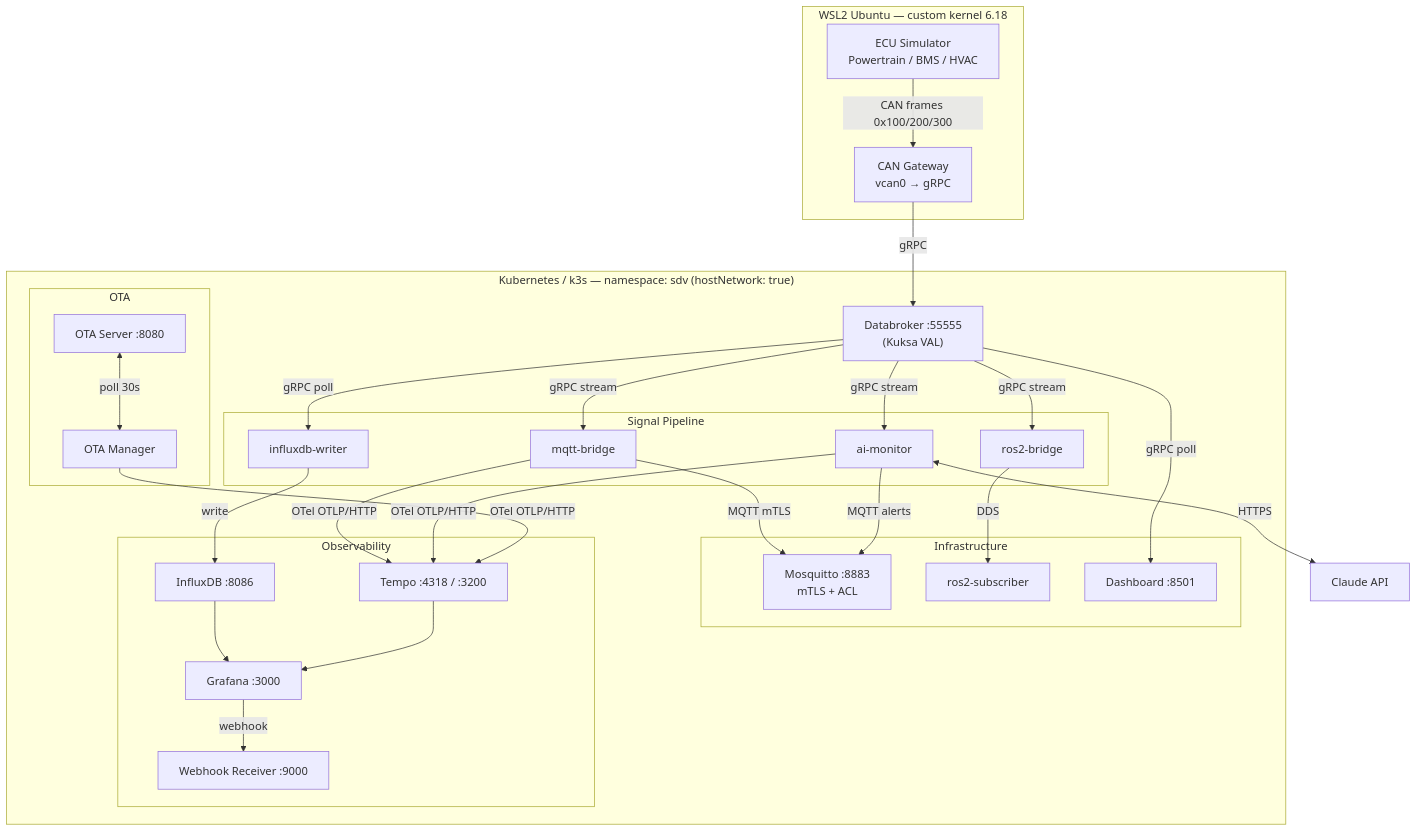
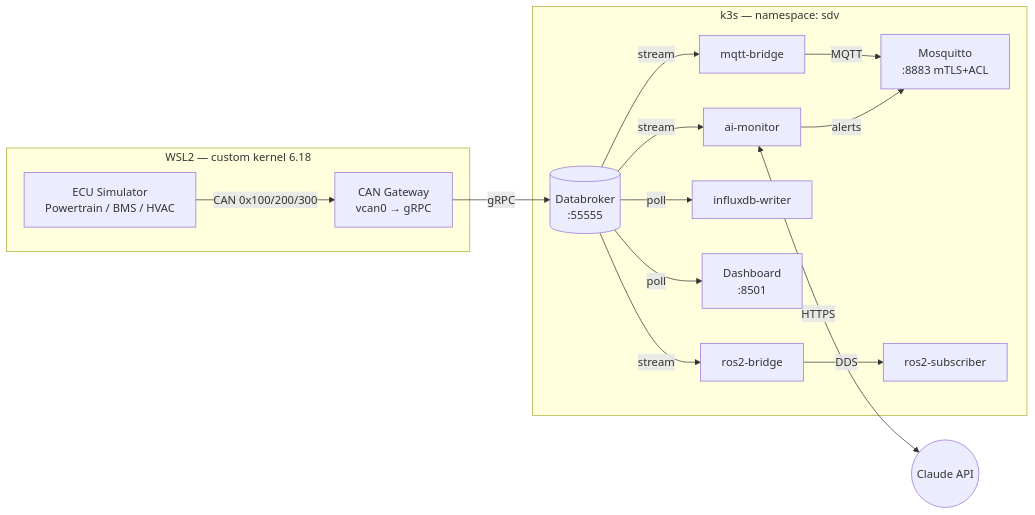
The first of 2 diagrams in README.md (TakumiSomeya-Eng/mini-sdv-platform-project), drawn with Mermaid before and after one commit. The commit also changed other lines of this file, not shown here.

Commit message:
docs: split Mermaid diagram into Signal Pipeline + Observability
Single complex diagram caused crossing lines due to Mermaid auto-layout
limitations. Splitting into two focused LR flowcharts eliminates crossings
and improves readability.

````diff
--- a/README.md
+++ b/README.md
@@ -33,53 +35,32 @@
 ```mermaid
-flowchart TD
-    subgraph WSL2["WSL2 Ubuntu — custom kernel 6.18"]
+flowchart LR
+    subgraph wsl["WSL2 — custom kernel 6.18"]
         ECU["ECU Simulator\nPowertrain / BMS / HVAC"]
         GW["CAN Gateway\nvcan0 → gRPC"]
-        ECU -->|"CAN frames 0x100/200/300"| GW
+        ECU -->|"CAN 0x100/200/300"| GW
     end
 
-    subgraph K8s["Kubernetes / k3s — namespace: sdv (hostNetwork: true)"]
-        DB["Databroker :55555\n(Kuksa VAL)"]
-
-        subgraph Signal["Signal Pipeline"]
-            MB["mqtt-bridge"]
-            RB["ros2-bridge"]
-            AI["ai-monitor"]
-            IW["influxdb-writer"]
-        end
-
-        subgraph Infra["Infrastructure"]
-            MQ["Mosquitto :8883\nmTLS + ACL"]
-            RS["ros2-subscriber"]
-            DASH["Dashboard :8501"]
-        end
-
-        subgraph Obs["Observability"]
-            IDB["InfluxDB :8086"]
-            GF["Grafana :3000"]
-            TP["Tempo :4318 / :3200"]
-            WH["Webhook Receiver :9000"]
-        end
-
-        subgraph OTA["OTA"]
-            OTAS["OTA Server :8080"]
-            OTAM["OTA Manager"]
-        end
+    subgraph k8s["k3s — namespace: sdv"]
+        DB[("Databroker\n:55555")]
+        MB["mqtt-bridge"]
+        AI["ai-monitor"]
+        IW["influxdb-writer"]
+        DASH["Dashboard\n:8501"]
+        MQ["Mosquitto\n:8883 mTLS+ACL"]
+        RB["ros2-bridge"]
+        RS["ros2-subscriber"]
     end
 
-    Claude["Claude API"]
+    CL(("Claude API"))
 
     GW -->|gRPC| DB
-    DB -->|gRPC stream| MB & RB & AI
-    DB -->|gRPC poll| IW & DASH
-    MB -->|MQTT mTLS| MQ
-    AI -->|MQTT alerts| MQ
+    DB -->|stream| MB
+    DB -->|stream| AI
+    DB -->|stream| RB
+    DB -->|poll| IW
+    DB -->|poll| DASH
+    MB -->|MQTT| MQ
+    AI -->|alerts| MQ
     RB -->|DDS| RS
-    AI <-->|HTTPS| Claude
-    IW -->|write| IDB
-    IDB --> GF
-    OTAS <-->|poll 30s| OTAM
-    MB & AI & OTAM -->|OTel OTLP/HTTP| TP
-    TP --> GF
-    GF -->|webhook| WH
+    AI <-->|HTTPS| CL
 ```
````
